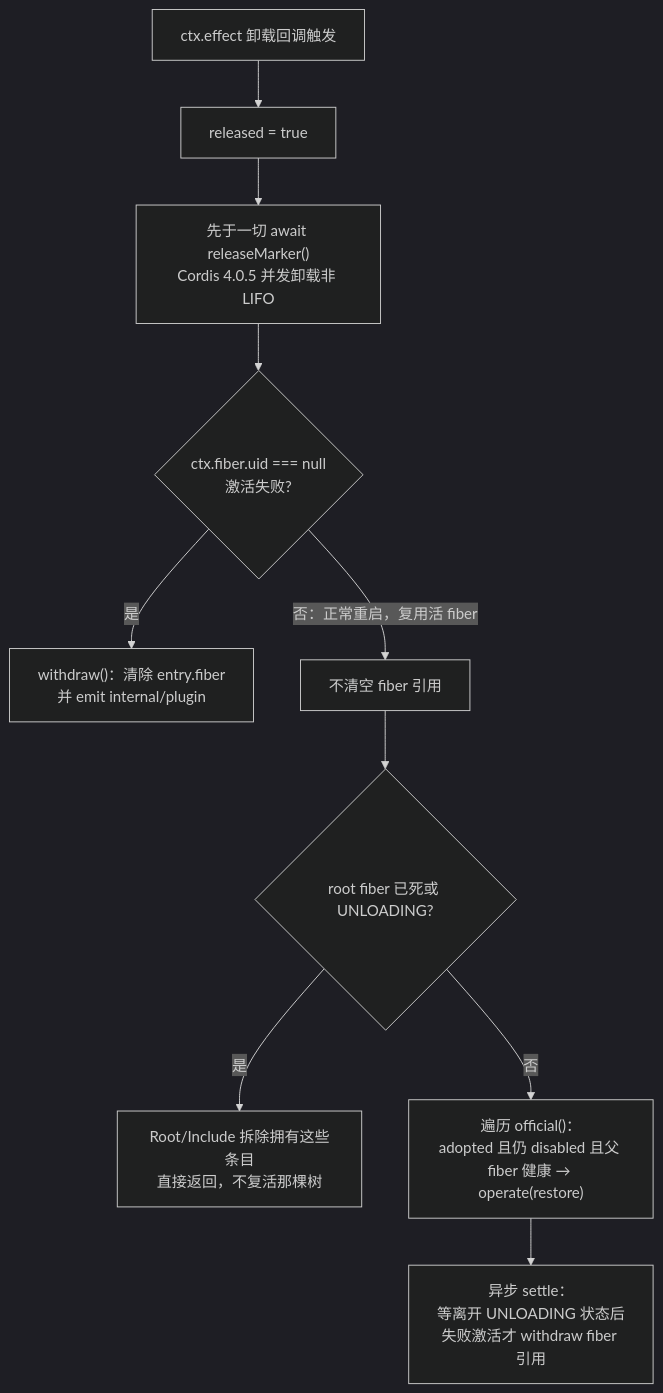
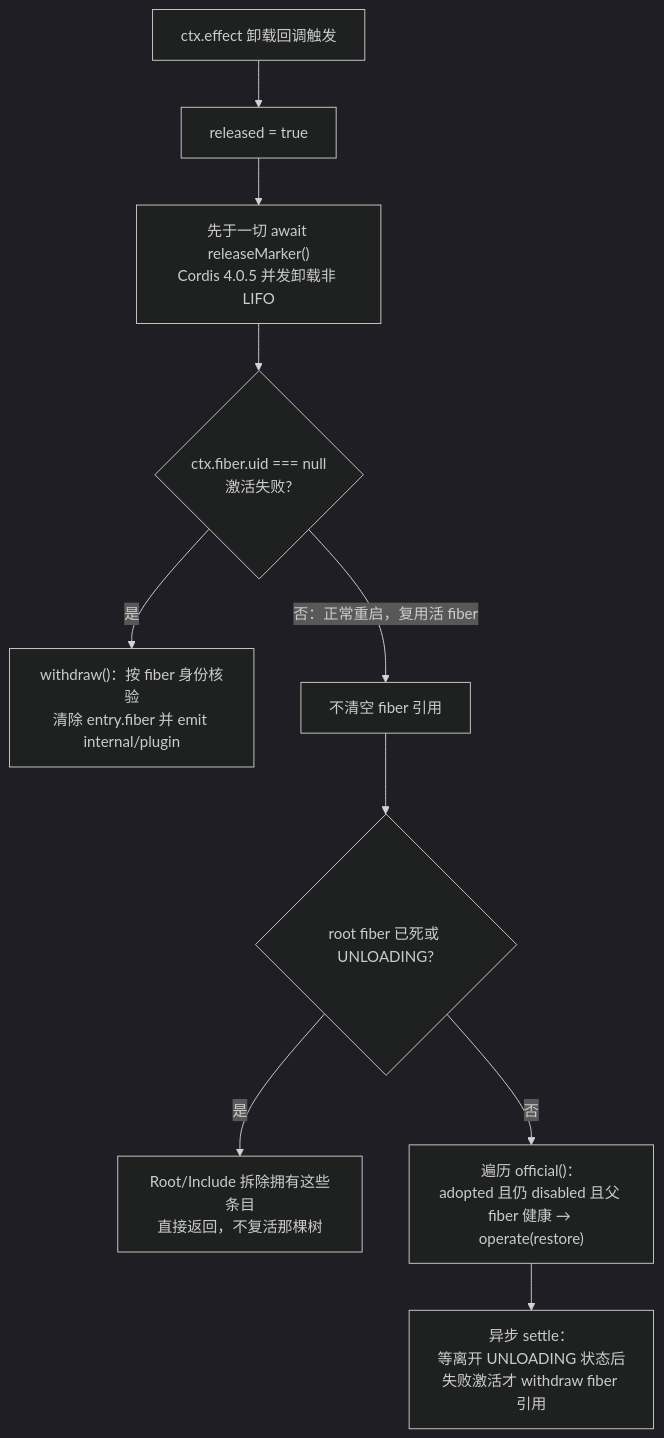
One commit to ikliml666/dsh-git-workspace changed the fifth of 7 diagrams in .codewiki/_native-state/docs/core_worktree_domain_and_infrastructure/session_checkout_domain/session_checkout_runtime/workspace_provider_lifecycle.md. Above: the diagram before and after it, drawn with Mermaid (dark theme). The commit also changed other lines of this file and 12 other files, not shown here.

````diff
--- a/.codewiki/_native-state/docs/core_worktree_domain_and_infrastructure/session_checkout_domain/session_checkout_runtime/workspace_provider_lifecycle.md
+++ b/.codewiki/_native-state/docs/core_worktree_domain_and_infrastructure/session_checkout_domain/session_checkout_runtime/workspace_provider_lifecycle.md
@@ -138,12 +138,12 @@
 ```mermaid
 flowchart TB
     Unload["ctx.effect 卸载回调触发"] --> Mark["released = true"]
     Mark --> WithdrawMarker["先于一切 await releaseMarker()<br/>Cordis 4.0.5 并发卸载非 LIFO"]
     WithdrawMarker --> Failed{"ctx.fiber.uid === null<br/>激活失败?"}
-    Failed -->|"是"| WithdrawFiber["withdraw()：清除 entry.fiber<br/>并 emit internal/plugin"]
+    Failed -->|"是"| WithdrawFiber["withdraw()：按 fiber 身份核验<br/>清除 entry.fiber 并 emit internal/plugin"]
     Failed -->|"否：正常重启，复用活 fiber"| Keep["不清空 fiber 引用"]
     Keep --> RootCheck{"root fiber 已死或 UNLOADING?"}
     RootCheck -->|"是"| Skip["Root/Include 拆除拥有这些条目<br/>直接返回，不复活那棵树"]
     RootCheck -->|"否"| RestoreLoop["遍历 official()：<br/>adopted 且仍 disabled 且父 fiber 健康 → operate(restore)"]
     RestoreLoop --> Settle["异步 settle：<br/>等离开 UNLOADING 状态后<br/>失败激活才 withdraw fiber 引用"]
 ```
````
